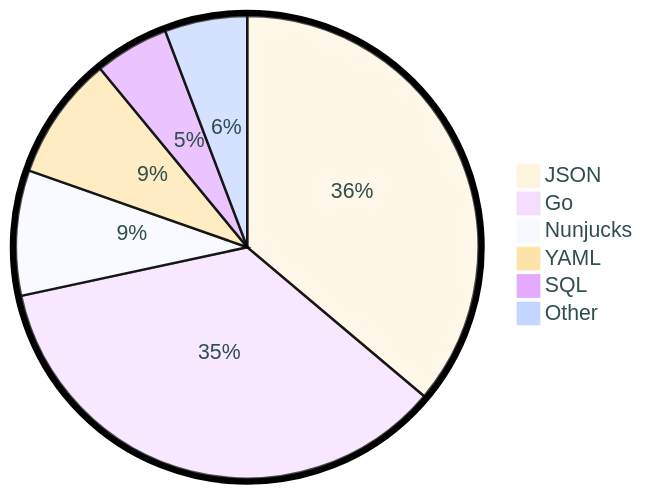
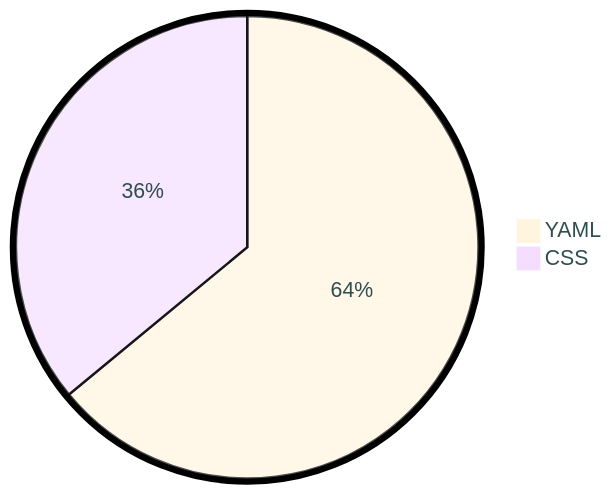
One commit to tot0p/tot0p changed the diagram in README.md. Above: the diagram before and after it, drawn with Mermaid. The commit also changed other lines of this file, not shown here.

````diff
--- a/README.md
+++ b/README.md
@@ -122,10 +114,6 @@
 ```mermaid
 %%{init: {"pie": {"textPosition": 0.5}, "themeVariables": {"pieOuterStrokeWidth": "5px","primaryTextColor" : "#2F4F4F"},"theme":"base"} }%%
 pie
-	"JSON": 36.14
-	"Go": 35.49
-	"Nunjucks": 8.75
-	"YAML": 8.65
-	"SQL": 5.2
-	"Other": 5.77
+	"YAML": 64.01
+	"CSS": 35.99
 ```
````
